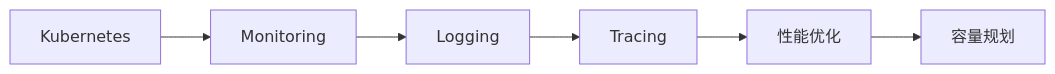
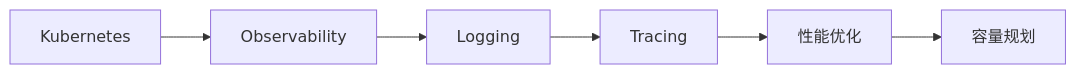
Before and after one commit to hfei929/1hair-labs: the fourth of 6 diagrams in docs/roadmap/index.md, drawn with Mermaid. The commit also changed other lines of this file and 56 other files, not shown here.

````diff
--- a/docs/roadmap/index.md
+++ b/docs/roadmap/index.md
@@ -368,11 +368,11 @@
 ```mermaid
 flowchart LR
-A[Kubernetes] --> B[Monitoring] --> C[Logging] --> D[Tracing] --> E[性能优化] --> F[容量规划]
+A[Kubernetes] --> B[Observability] --> C[Logging] --> D[Tracing] --> E[性能优化] --> F[容量规划]
 
 click A "/kubernetes/"
-click B "/monitoring/"
-click C "/monitoring/"
-click D "/monitoring/"
+click B "/observability/"
+click C "/observability/"
+click D "/observability/"
 click E "/kubernetes/practice/"
 click F "/kubernetes/practice/"
 ```
````
